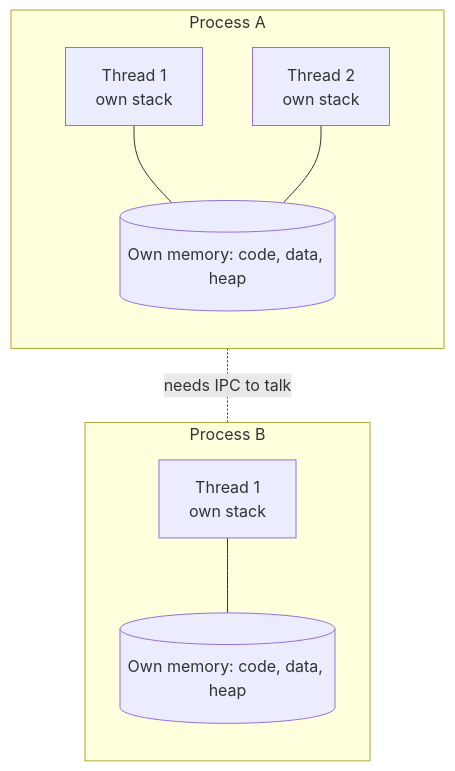
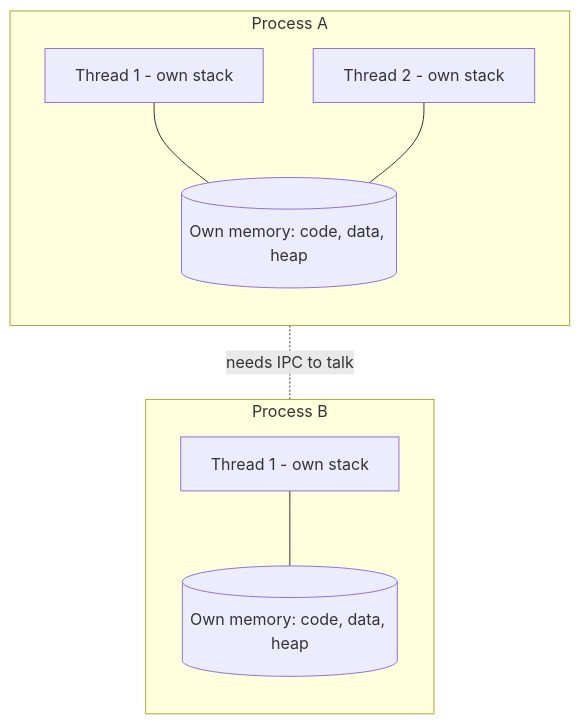
The diagram in guides/os/process-vs-thread.md (satyamgupta-22/cs-core-101), drawn with Mermaid before and after one commit. The commit also changed 16 other files, not shown here.

````diff
--- a/guides/os/process-vs-thread.md
+++ b/guides/os/process-vs-thread.md
@@ -4,18 +4,18 @@
 ```mermaid
 flowchart TB
-    subgraph P1[Process A]
+    subgraph P1["Process A"]
         direction TB
-        M1[(Own memory: code, data, heap)]
-        T1[Thread 1<br/>own stack]
-        T2[Thread 2<br/>own stack]
+        M1[("Own memory: code, data, heap")]
+        T1["Thread 1 - own stack"]
+        T2["Thread 2 - own stack"]
         T1 --- M1
         T2 --- M1
     end
-    subgraph P2[Process B]
+    subgraph P2["Process B"]
         direction TB
-        M2[(Own memory: code, data, heap)]
-        T3[Thread 1<br/>own stack]
+        M2[("Own memory: code, data, heap")]
+        T3["Thread 1 - own stack"]
         T3 --- M2
     end
-    P1 -. needs IPC to talk .- P2
+    P1 -. "needs IPC to talk" .- P2
 ```
````
